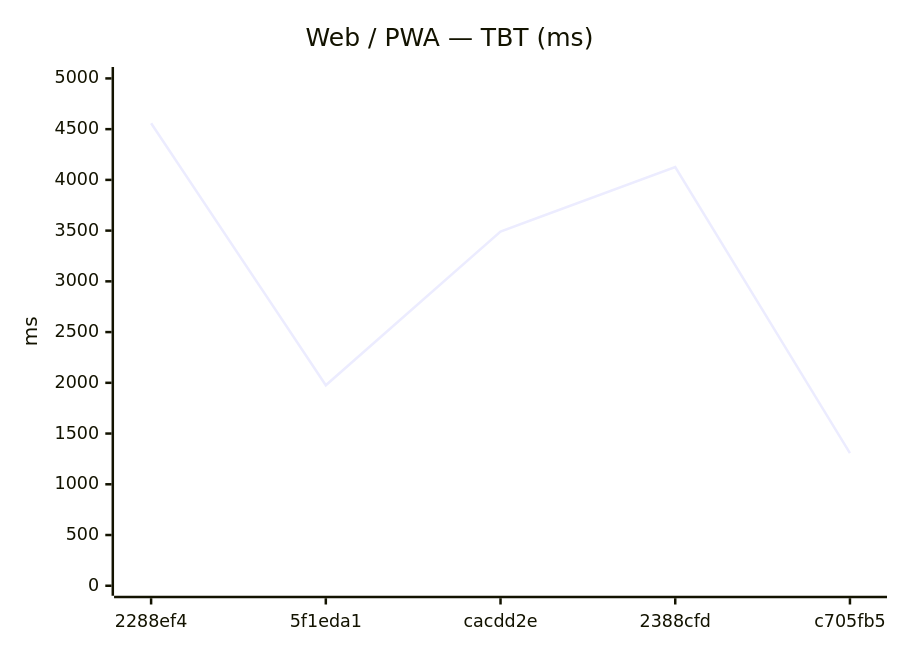
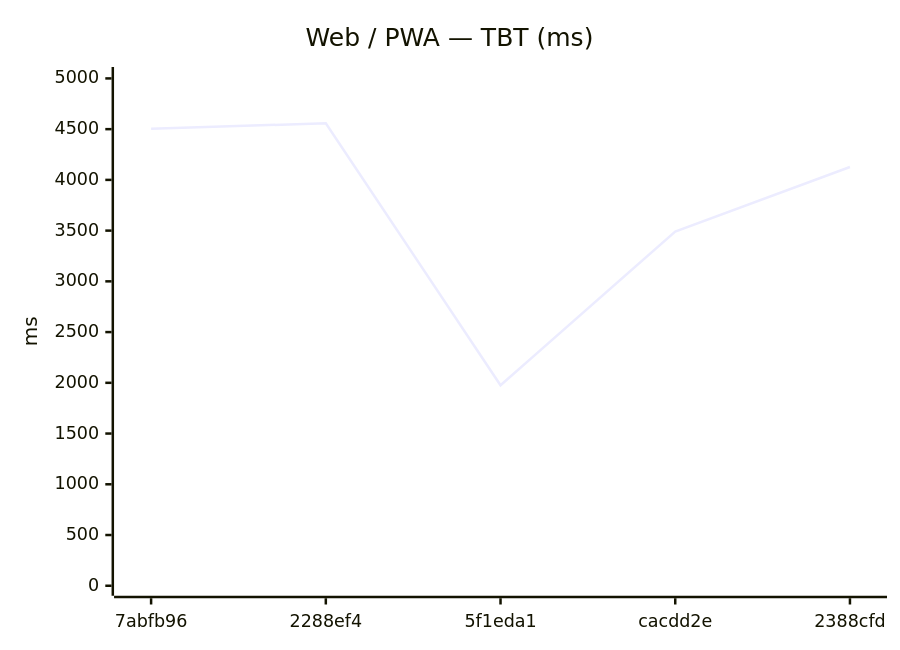
The sixth of 12 diagrams in benchmarks/compare.md (Metaheurist/Rianell), drawn with Mermaid before and after one commit. The commit also changed other lines of this file and 8 other files, not shown here.

````diff
--- a/benchmarks/compare.md
+++ b/benchmarks/compare.md
@@ -89,7 +89,7 @@
 ```mermaid
 xychart-beta
     title "Web / PWA — TBT (ms)"
-    x-axis ["2288ef4", "5f1eda1", "cacdd2e", "2388cfd", "c705fb5"]
+    x-axis ["7abfb96", "2288ef4", "5f1eda1", "cacdd2e", "2388cfd"]
     y-axis "ms" 0 --> 5014
-    line [4558, 1976, 3491, 4127, 1307]
+    line [4504, 4558, 1976, 3491, 4127]
 ```
````
